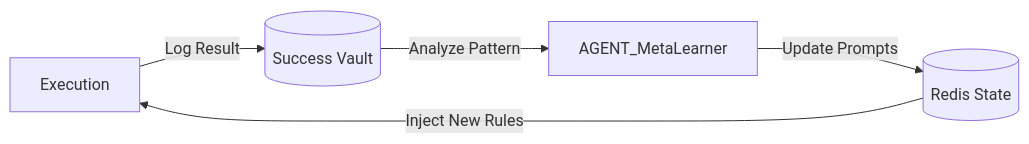
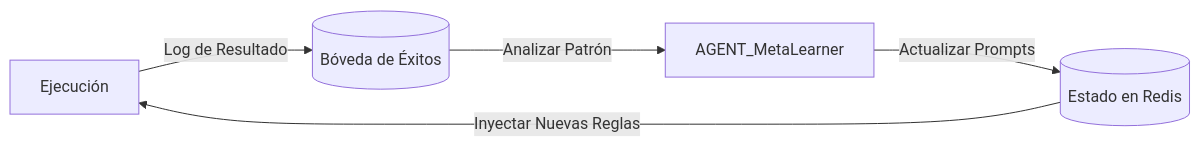
Before and after one commit to mauroociappinaph/the-dude-architecture-case-study: the third of 4 diagrams in README.md, drawn with Mermaid. The commit also changed other lines of this file, not shown here.

Commit message:
Fixed: Translate to Spanish and correct Mermaid syntax

````diff
--- a/README.md
+++ b/README.md
@@ -102,7 +102,7 @@
 ```mermaid
 graph LR
-    Exec[Execution] -->|Log Result| Memory[(Success Vault)]
-    Memory -->|Analyze Pattern| Meta[AGENT_MetaLearner]
-    Meta -->|Update Prompts| Redis[(Redis State)]
-    Redis -->|Inject New Rules| Exec
+    Exec[Ejecución] -->|Log de Resultado| Memory[(Bóveda de Éxitos)]
+    Memory -->|Analizar Patrón| Meta[AGENT_MetaLearner]
+    Meta -->|Actualizar Prompts| Redis[(Estado en Redis)]
+    Redis -->|Inyectar Nuevas Reglas| Exec
 ```
````
